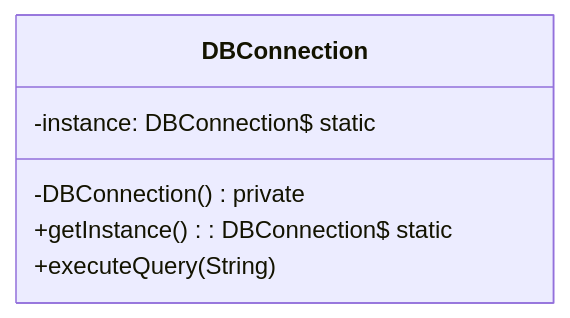
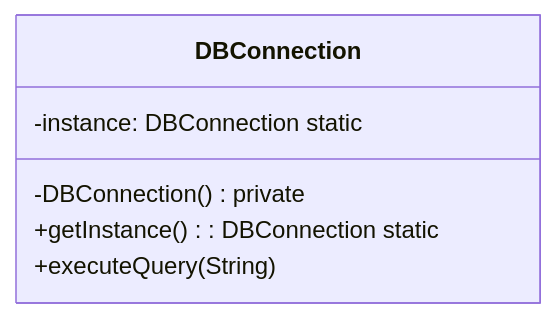
Before and after one commit to shahbaz8584/low-level-design: the diagram in LLD/DesignPattern/creationalDesign/singletonDesignPattern/UML/ClassDiagram.md, drawn with Mermaid. The commit also changed 4393 other files, not shown here.

Commit message:
docs: regenerate PDF with SVG diagrams and add pattern references

````diff
--- a/LLD/DesignPattern/creationalDesign/singletonDesignPattern/UML/ClassDiagram.md
+++ b/LLD/DesignPattern/creationalDesign/singletonDesignPattern/UML/ClassDiagram.md
@@ -3,9 +3,9 @@
 ```mermaid
 classDiagram
     class DBConnection {
-        -instance: DBConnection$ static
+        -instance: DBConnection static
         -DBConnection() private
-        +getInstance(): DBConnection$ static
+        +getInstance(): DBConnection static
         +executeQuery(String)
     }
 ```
````
